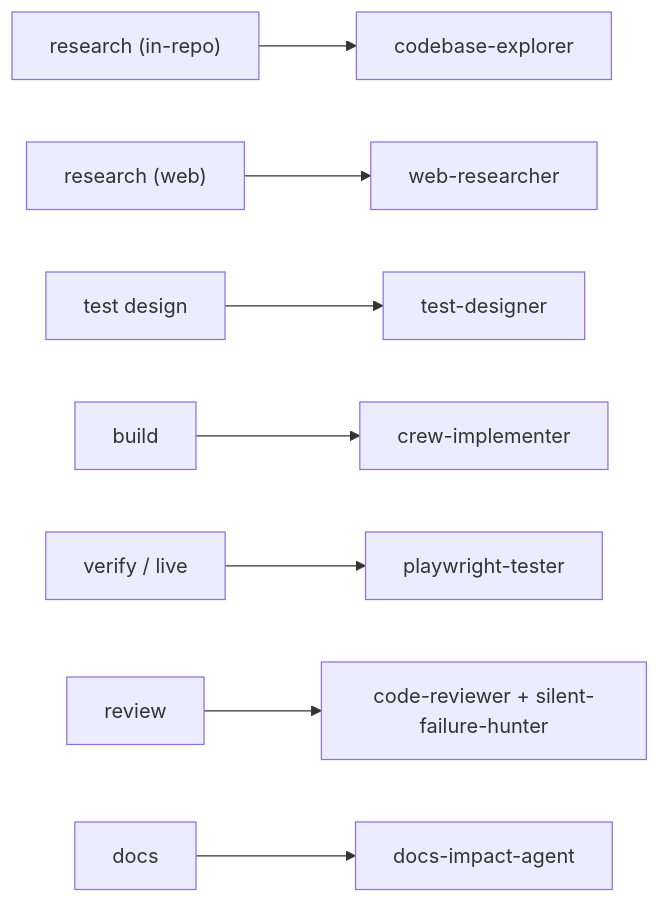
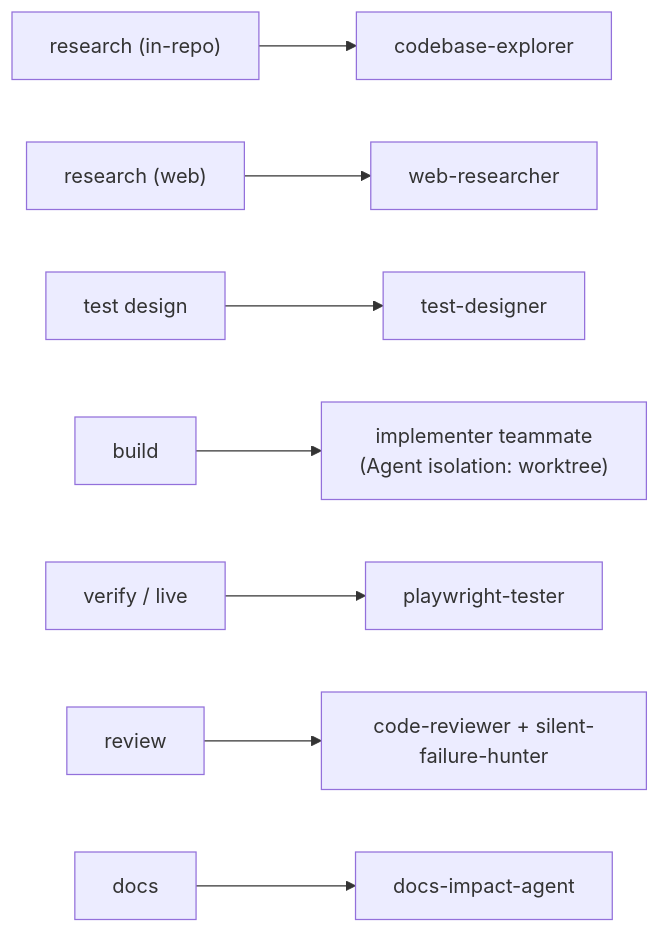
One commit to HenriGeorge/AutoCue changed diagram 13 of 15 in docs/OVERVIEW.md. Above: the diagram before and after it, drawn with Mermaid. The commit also changed other lines of this file and 60 other files, not shown here.

````diff
--- a/docs/OVERVIEW.md
+++ b/docs/OVERVIEW.md
@@ -279,10 +272,10 @@
 ```mermaid
 flowchart LR
     R["research (in-repo)"] --> CE["codebase-explorer"]
     RW["research (web)"] --> WR["web-researcher"]
     TP["test design"] --> TDz["test-designer"]
-    BU["build"] --> CI["crew-implementer"]
+    BU["build"] --> CI["implementer teammate<br/>(Agent isolation: worktree)"]
     VE["verify / live"] --> PT["playwright-tester"]
     RV["review"] --> CR["code-reviewer + silent-failure-hunter"]
     DO["docs"] --> DI["docs-impact-agent"]
 ```
````
